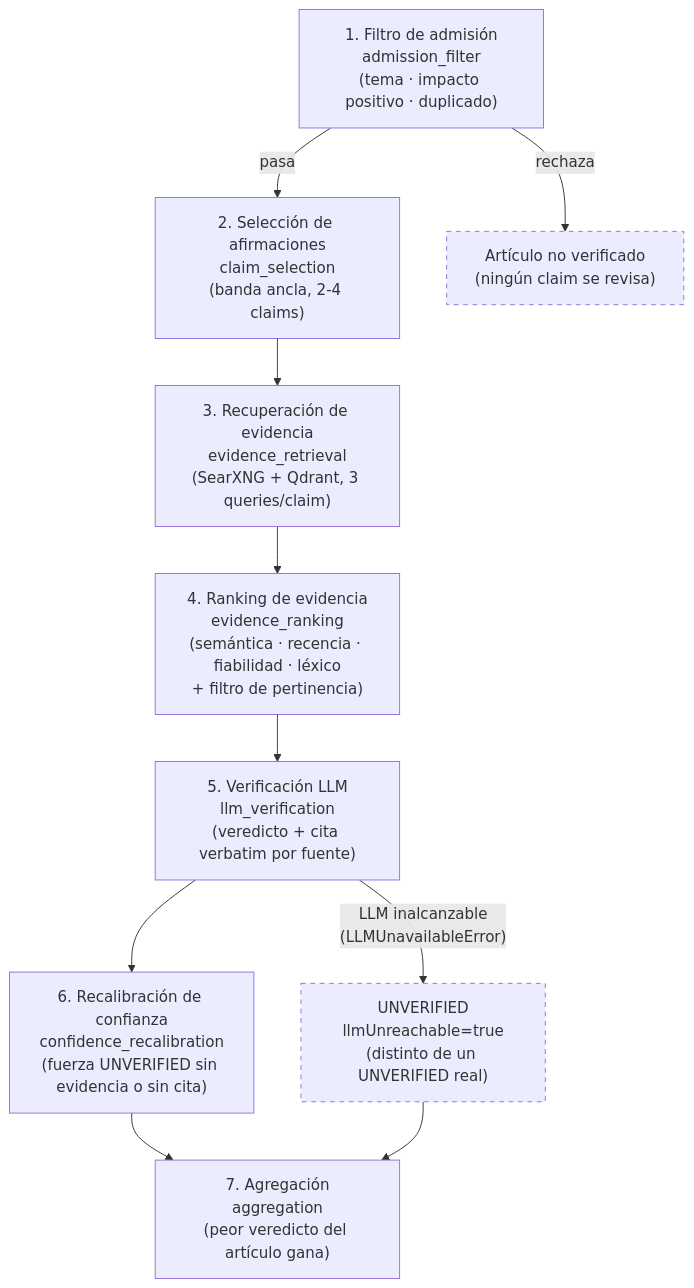
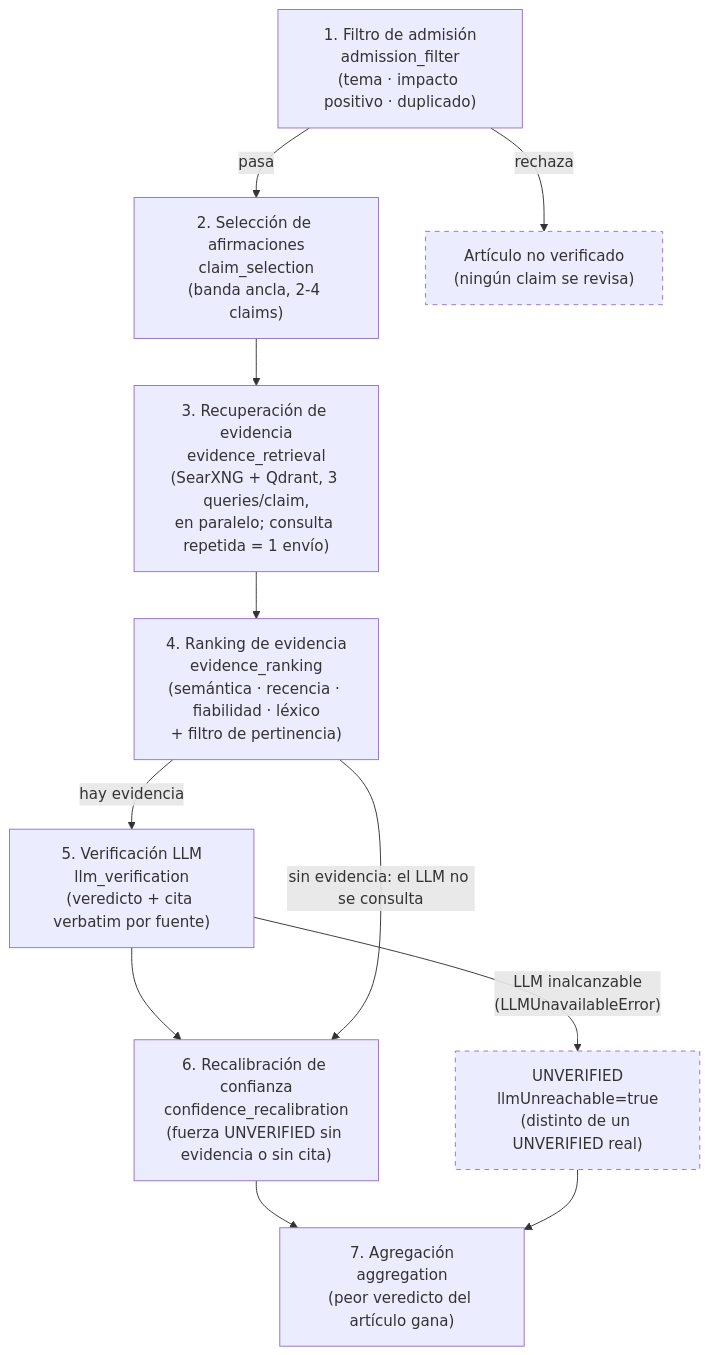
One commit to aespinoza-napp/inspiring-news changed the second of 2 diagrams in docs/arquitectura-tecnica.md. Above: the diagram before and after it, drawn with Mermaid. The commit also changed other lines of this file and 1 other file, not shown here.

First line of the commit message:
Bring the roadmap and the architecture doc up to Sep 28

````diff
--- a/docs/arquitectura-tecnica.md
+++ b/docs/arquitectura-tecnica.md
@@ -164,18 +180,20 @@
 ```mermaid
 flowchart TD
     A["1. Filtro de admisión\nadmission_filter\n(tema · impacto positivo · duplicado)"]
     B["2. Selección de afirmaciones\nclaim_selection\n(banda ancla, 2-4 claims)"]
-    C["3. Recuperación de evidencia\nevidence_retrieval\n(SearXNG + Qdrant, 3 queries/claim)"]
+    C["3. Recuperación de evidencia\nevidence_retrieval\n(SearXNG + Qdrant, 3 queries/claim,\nen paralelo; consulta repetida = 1 envío)"]
     D["4. Ranking de evidencia\nevidence_ranking\n(semántica · recencia · fiabilidad · léxico\n+ filtro de pertinencia)"]
     E["5. Verificación LLM\nllm_verification\n(veredicto + cita verbatim por fuente)"]
     F["6. Recalibración de confianza\nconfidence_recalibration\n(fuerza UNVERIFIED sin evidencia o sin cita)"]
     G["7. Agregación\naggregation\n(peor veredicto del artículo gana)"]
 
-    A -- "pasa" --> B --> C --> D --> E --> F --> G
+    A -- "pasa" --> B --> C --> D
+    D -- "hay evidencia" --> E --> F --> G
+    D -- "sin evidencia: el LLM no se consulta" --> F
     A -- "rechaza" --> X["Artículo no verificado\n(ningún claim se revisa)"]
     E -- "LLM inalcanzable\n(LLMUnavailableError)" --> F2["UNVERIFIED\nllmUnreachable=true\n(distinto de un UNVERIFIED real)"]
     F2 --> G
 
     style X stroke-dasharray: 5 5
     style F2 stroke-dasharray: 5 5
 ```
````
